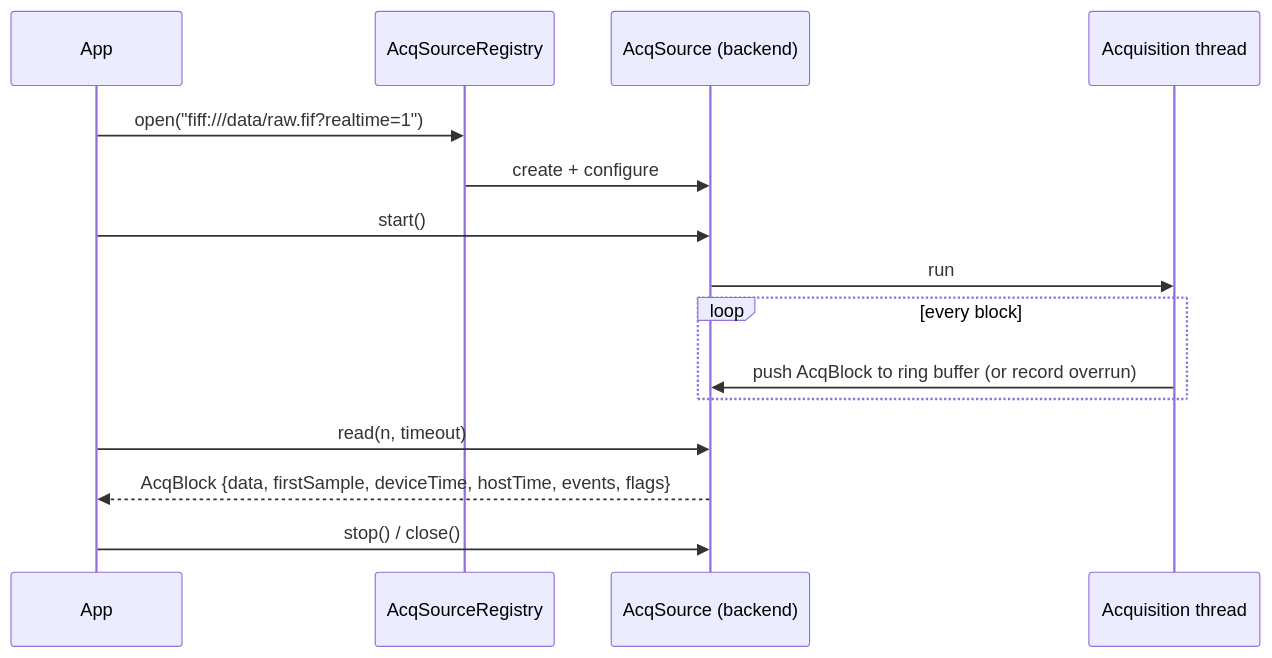
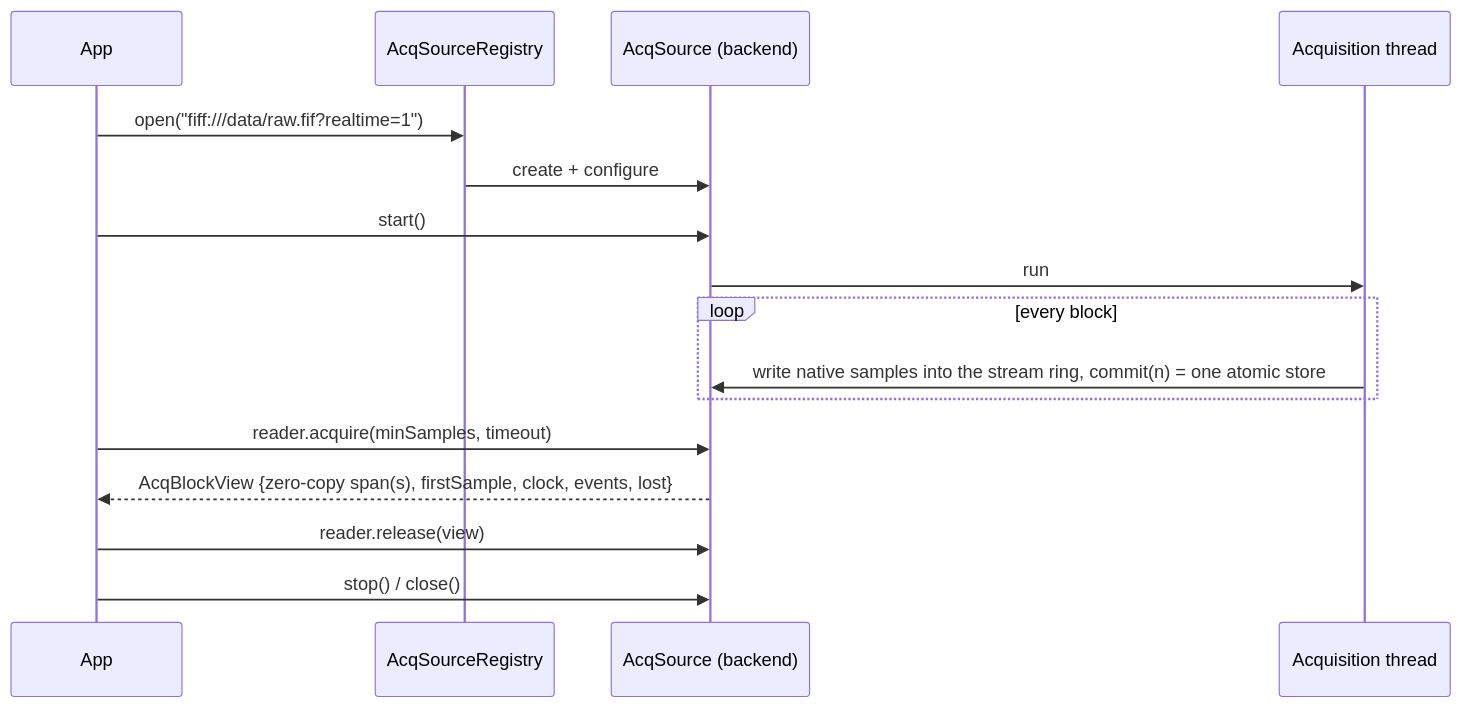
The second of 2 diagrams in doc/dev-notes/v2.5.0-requirements.md (chdinh/mne-cpp), drawn with Mermaid before and after one commit. The commit also changed other lines of this file, not shown here.

Commit message:
DOC: v2.5.0 high-performance acq data path; MR acquisition in v2.6 (D1, D2, D12)

````diff
--- a/doc/dev-notes/v2.5.0-requirements.md
+++ b/doc/dev-notes/v2.5.0-requirements.md
@@ -164,17 +164,18 @@
 ```mermaid
 sequenceDiagram
   participant App
   participant Reg as AcqSourceRegistry
   participant Src as AcqSource (backend)
   participant Th as Acquisition thread
   App->>Reg: open("fiff:///data/raw.fif?realtime=1")
   Reg->>Src: create + configure
   App->>Src: start()
   Src->>Th: run
   loop every block
-    Th->>Src: push AcqBlock to ring buffer (or record overrun)
+    Th->>Src: write native samples into the stream ring, commit(n) = one atomic store
   end
-  App->>Src: read(n, timeout)
-  Src-->>App: AcqBlock {data, firstSample, deviceTime, hostTime, events, flags}
+  App->>Src: reader.acquire(minSamples, timeout)
+  Src-->>App: AcqBlockView {zero-copy span(s), firstSample, clock, events, lost}
+  App->>Src: reader.release(view)
   App->>Src: stop() / close()
 ```
````
